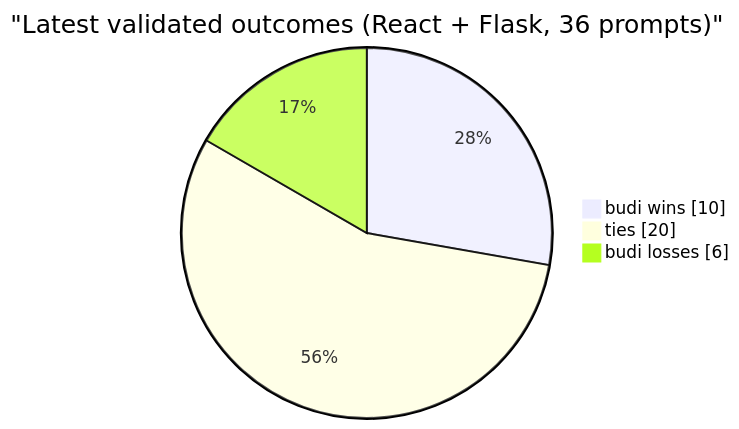
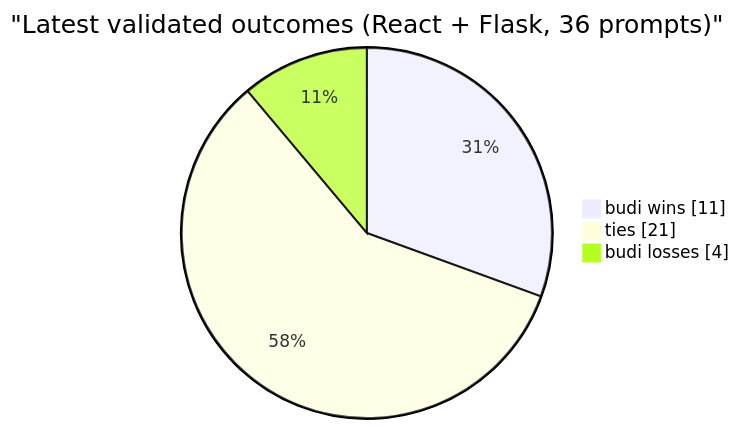
The second of 2 diagrams in README.md (siropkin/budi), drawn with Mermaid before and after one commit.

Commit message:
Update README pie chart with latest Flask validation (3W/1L/14T).

````diff
--- a/README.md
+++ b/README.md
@@ -44,7 +44,7 @@
 ```mermaid
 pie showData
     title "Latest validated outcomes (React + Flask, 36 prompts)"
-    "budi wins" : 10
-    "ties" : 20
-    "budi losses" : 6
+    "budi wins" : 11
+    "ties" : 21
+    "budi losses" : 4
 ```
````
